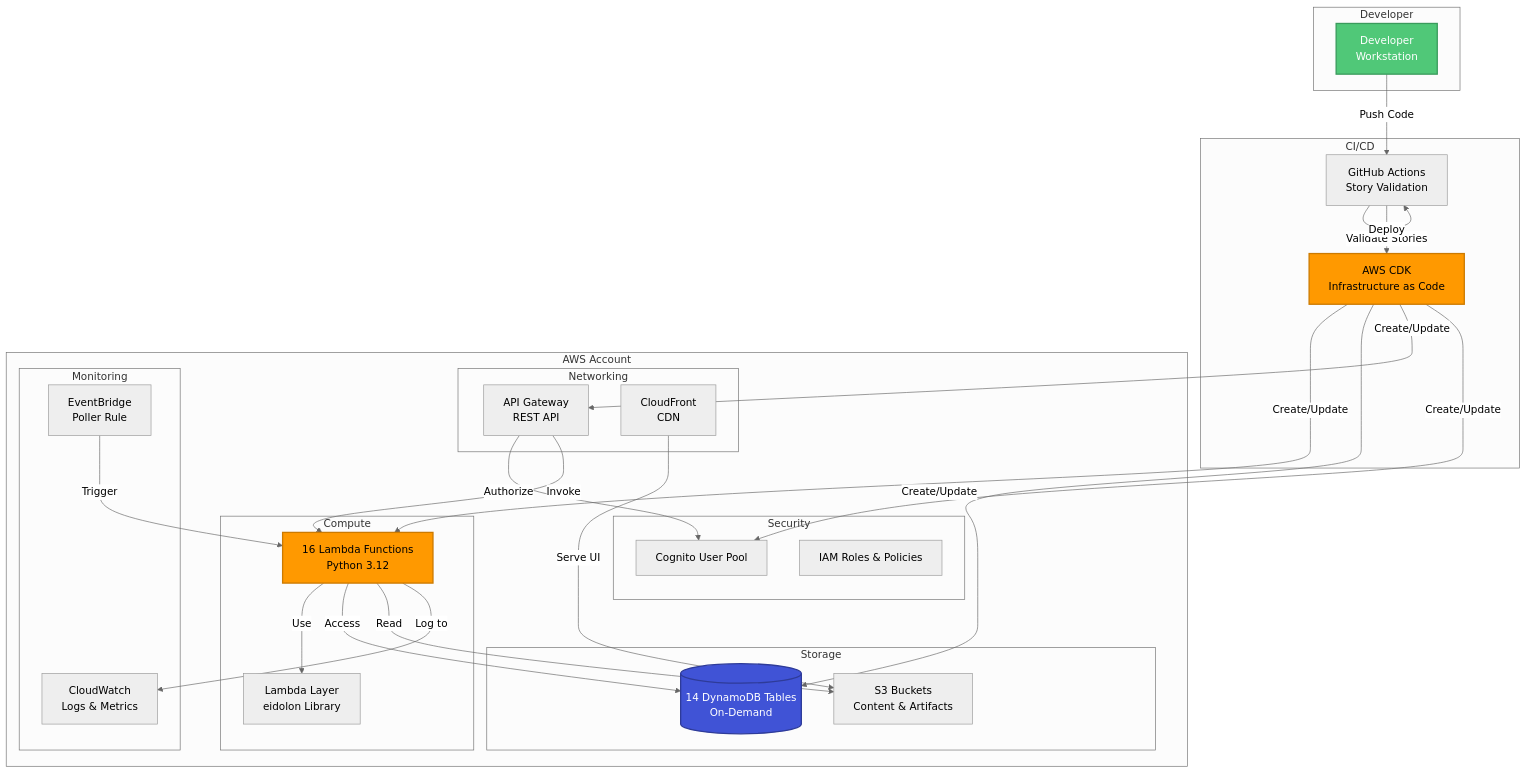
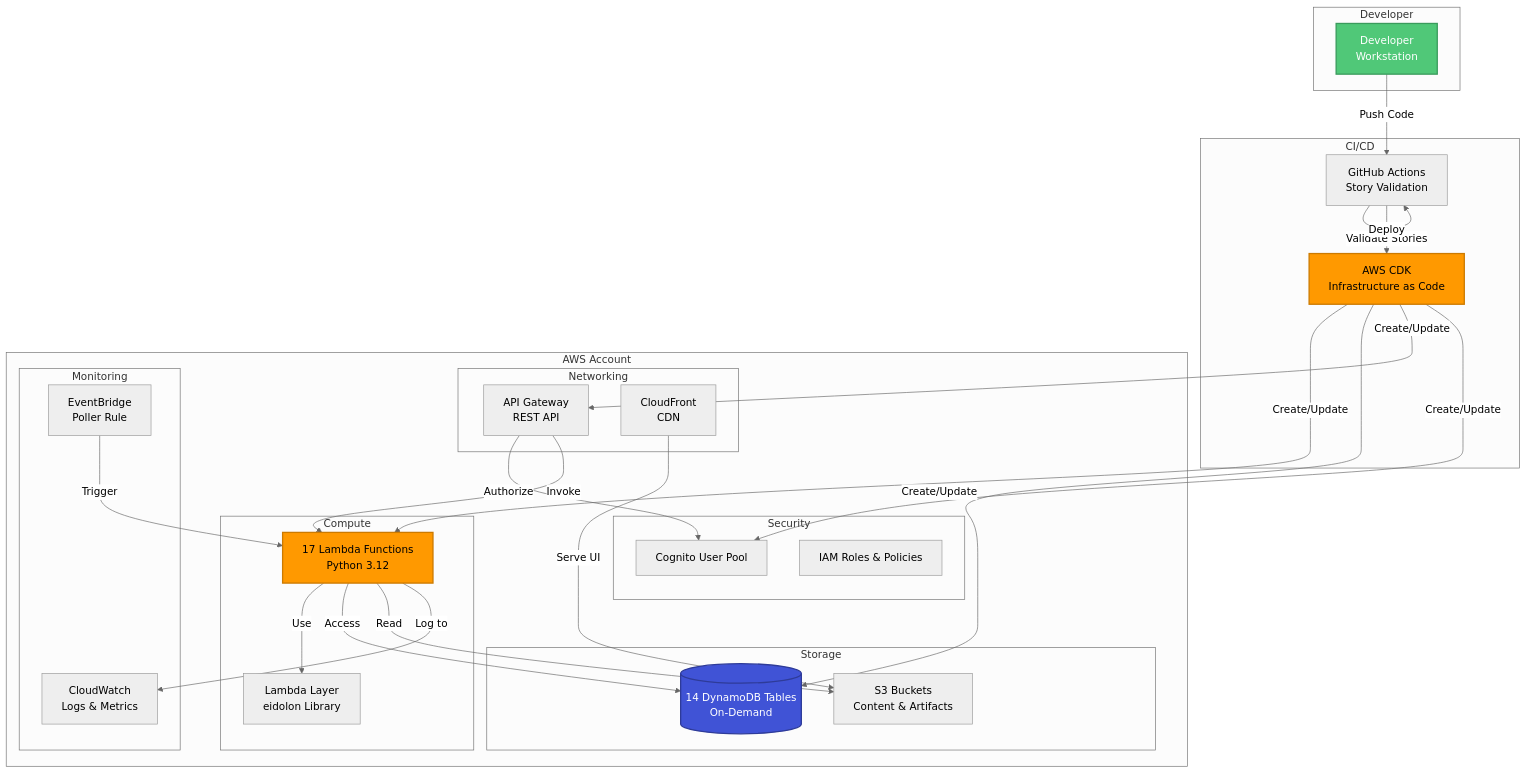
Before and after one commit to darkrelics/eidolon-engine: diagram 13 of 14 in documentation/incremental-architecture-diagrams.md, drawn with Mermaid (neutral theme). The commit also changed other lines of this file and 17 other files, not shown here.

````diff
--- a/documentation/incremental-architecture-diagrams.md
+++ b/documentation/incremental-architecture-diagrams.md
@@ -580,63 +580,63 @@
 ```mermaid
 graph TB
     subgraph "Developer"
         Dev[Developer<br/>Workstation]
     end
 
     subgraph "CI/CD"
         GH[GitHub Actions<br/>Story Validation]
         CDK[AWS CDK<br/>Infrastructure as Code]
     end
 
     subgraph "AWS Account"
         subgraph "Compute"
-            Lambda[16 Lambda Functions<br/>Python 3.12]
+            Lambda[17 Lambda Functions<br/>Python 3.12]
             Layer[Lambda Layer<br/>eidolon Library]
         end
 
         subgraph "Storage"
             Tables[(14 DynamoDB Tables<br/>On-Demand)]
             Bucket[S3 Buckets<br/>Content & Artifacts]
         end
 
         subgraph "Networking"
             APIGW[API Gateway<br/>REST API]
             CF[CloudFront<br/>CDN]
         end
 
         subgraph "Security"
             Cognito[Cognito User Pool]
             IAM[IAM Roles & Policies]
         end
 
         subgraph "Monitoring"
             CW[CloudWatch<br/>Logs & Metrics]
             EB[EventBridge<br/>Poller Rule]
         end
     end
 
     Dev -->|Push Code| GH
     GH -->|Validate Stories| GH
     GH -->|Deploy| CDK
 
     CDK -->|Create/Update| Lambda
     CDK -->|Create/Update| Tables
     CDK -->|Create/Update| APIGW
     CDK -->|Create/Update| Cognito
 
     Lambda -->|Use| Layer
     Lambda -->|Access| Tables
     Lambda -->|Read| Bucket
     Lambda -->|Log to| CW
 
     APIGW -->|Authorize| Cognito
     APIGW -->|Invoke| Lambda
 
     CF -->|Serve UI| Bucket
     EB -->|Trigger| Lambda
 
     style Dev fill:#50C878,stroke:#3A9B5C,stroke-width:2px,color:#fff
     style CDK fill:#FF9900,stroke:#CC7A00,stroke-width:2px,color:#000
     style Lambda fill:#FF9900,stroke:#CC7A00,stroke-width:2px,color:#000
     style Tables fill:#4053D6,stroke:#2E3B99,stroke-width:2px,color:#fff
 ```
````
